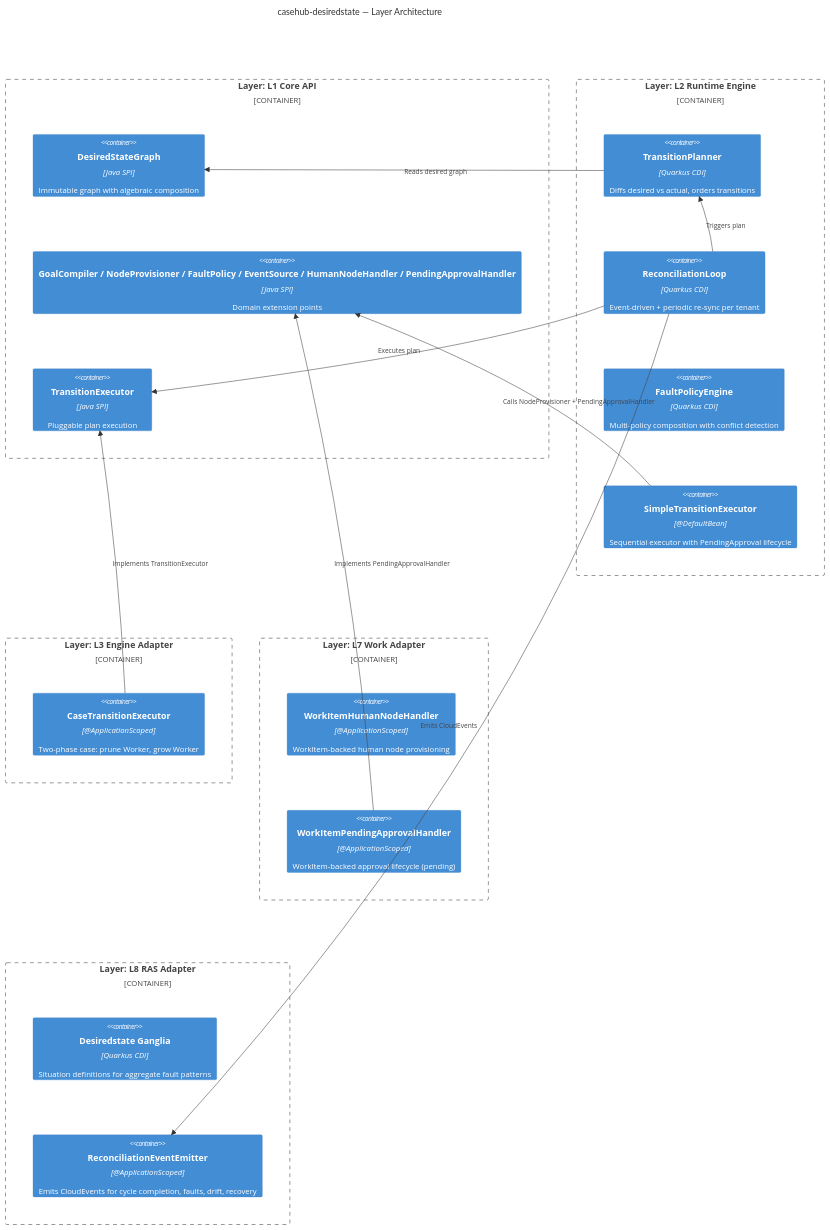
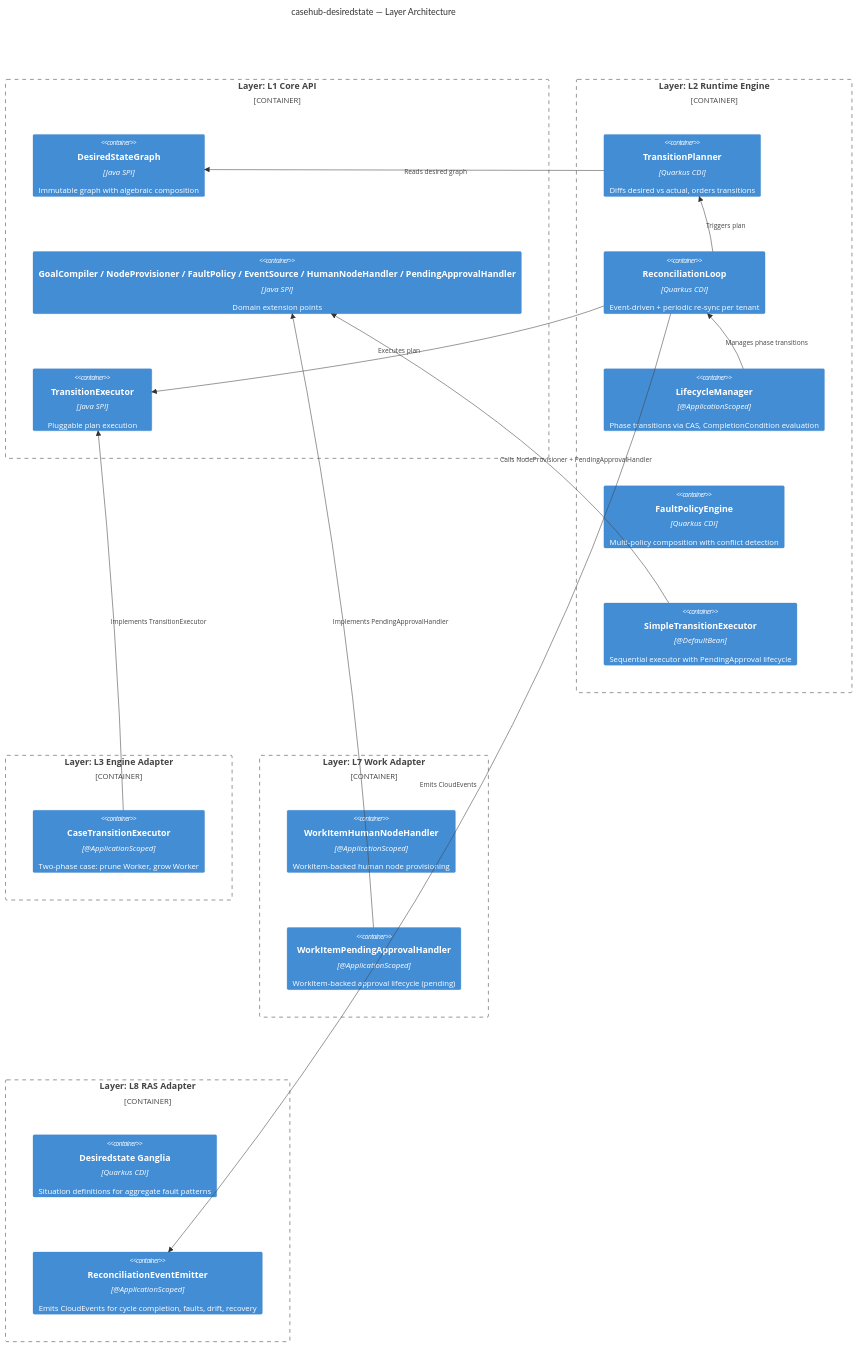
One commit to mdproctor/casehub-desiredstate changed the second of 4 diagrams in ARC42STORIES.MD. Above: the diagram before and after it, drawn with Mermaid. The commit also changed other lines of this file and 4 other files, not shown here.

````diff
--- a/ARC42STORIES.MD
+++ b/ARC42STORIES.MD
@@ -135,39 +136,41 @@
 ```mermaid
 C4Container
   title casehub-desiredstate — Layer Architecture
 
   Container_Boundary(b1, "Layer: L1 Core API") {
     Container(api_graph, "DesiredStateGraph", "Java SPI", "Immutable graph with algebraic composition")
     Container(api_spis, "GoalCompiler / NodeProvisioner / FaultPolicy / EventSource / HumanNodeHandler / PendingApprovalHandler", "Java SPI", "Domain extension points")
     Container(api_exec, "TransitionExecutor", "Java SPI", "Pluggable plan execution")
   }
 
   Container_Boundary(b2, "Layer: L2 Runtime Engine") {
     Container(planner, "TransitionPlanner", "Quarkus CDI", "Diffs desired vs actual, orders transitions")
     Container(loop, "ReconciliationLoop", "Quarkus CDI", "Event-driven + periodic re-sync per tenant")
+    Container(lifecycle, "LifecycleManager", "@ApplicationScoped", "Phase transitions via CAS, CompletionCondition evaluation")
     Container(fault, "FaultPolicyEngine", "Quarkus CDI", "Multi-policy composition with conflict detection")
     Container(simple, "SimpleTransitionExecutor", "@DefaultBean", "Sequential executor with PendingApproval lifecycle")
   }
 
   Container_Boundary(b3, "Layer: L3 Engine Adapter") {
     Container(case_exec, "CaseTransitionExecutor", "@ApplicationScoped", "Two-phase case: prune Worker, grow Worker")
   }
 
   Container_Boundary(b7, "Layer: L7 Work Adapter") {
     Container(work_human, "WorkItemHumanNodeHandler", "@ApplicationScoped", "WorkItem-backed human node provisioning")
     Container(work_approval, "WorkItemPendingApprovalHandler", "@ApplicationScoped", "WorkItem-backed approval lifecycle (pending)")
   }
 
   Container_Boundary(b8, "Layer: L8 RAS Adapter") {
     Container(ras_ganglia, "Desiredstate Ganglia", "Quarkus CDI", "Situation definitions for aggregate fault patterns")
     Container(ras_emitter, "ReconciliationEventEmitter", "@ApplicationScoped", "Emits CloudEvents for cycle completion, faults, drift, recovery")
   }
 
   Rel(planner, api_graph, "Reads desired graph")
   Rel(loop, planner, "Triggers plan")
   Rel(loop, api_exec, "Executes plan")
+  Rel(lifecycle, loop, "Manages phase transitions")
   Rel(simple, api_spis, "Calls NodeProvisioner + PendingApprovalHandler")
   Rel(case_exec, api_exec, "Implements TransitionExecutor")
   Rel(work_approval, api_spis, "Implements PendingApprovalHandler")
   Rel(loop, ras_emitter, "Emits CloudEvents")
 ```
````
